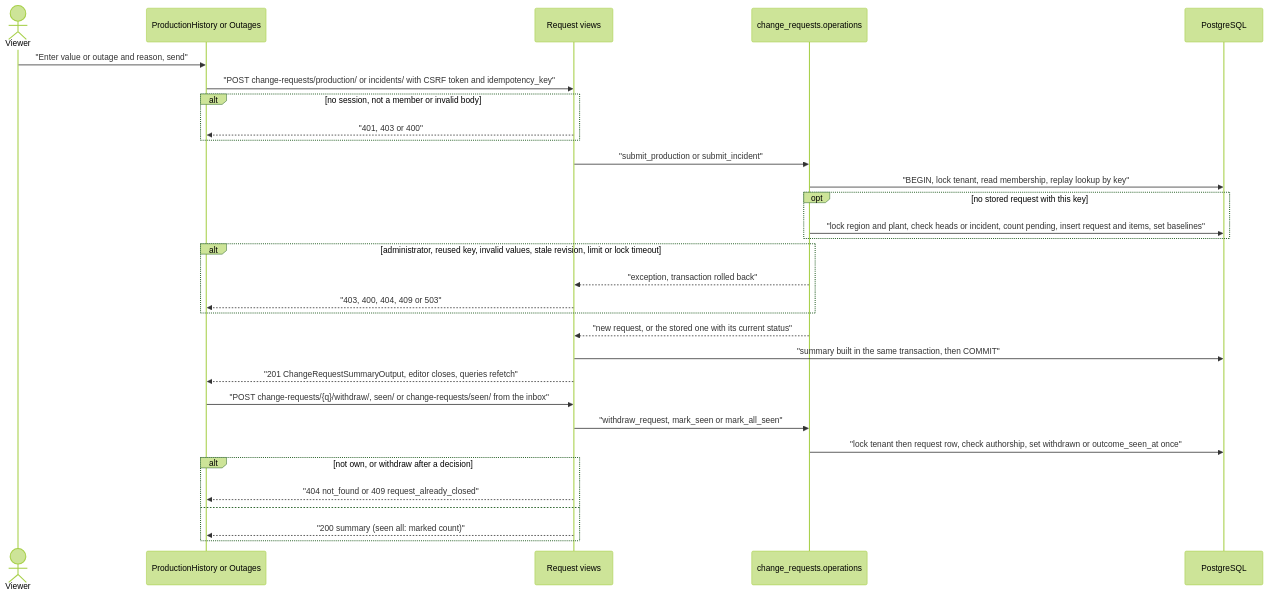
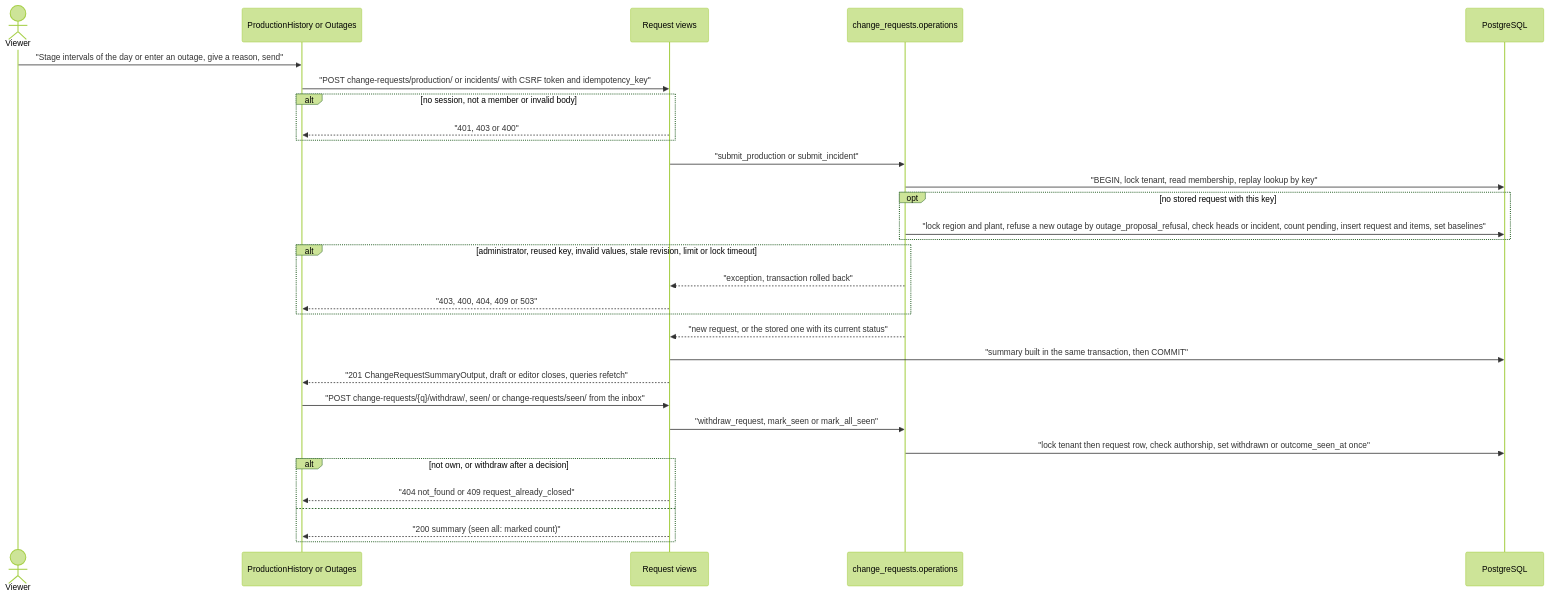
The diagram in docs/flows/change-request-submission.md (erkurtharun/pyracast), drawn with Mermaid (forest theme) before and after one commit. The commit also changed other lines of this file and 67 other files, not shown here.

````diff
--- a/docs/flows/change-request-submission.md
+++ b/docs/flows/change-request-submission.md
@@ -13,33 +14,33 @@
 ```mermaid
 sequenceDiagram
     actor V as Viewer
     participant UI as ProductionHistory or Outages
     participant API as Request views
     participant Op as change_requests.operations
     participant DB as PostgreSQL
-    V->>UI: "Enter value or outage and reason, send"
+    V->>UI: "Stage intervals of the day or enter an outage, give a reason, send"
     UI->>API: "POST change-requests/production/ or incidents/ with CSRF token and idempotency_key"
     alt no session, not a member or invalid body
         API-->>UI: "401, 403 or 400"
     end
     API->>Op: "submit_production or submit_incident"
     Op->>DB: "BEGIN, lock tenant, read membership, replay lookup by key"
     opt no stored request with this key
-        Op->>DB: "lock region and plant, check heads or incident, count pending, insert request and items, set baselines"
+        Op->>DB: "lock region and plant, refuse a new outage by outage_proposal_refusal, check heads or incident, count pending, insert request and items, set baselines"
     end
     alt administrator, reused key, invalid values, stale revision, limit or lock timeout
         Op-->>API: "exception, transaction rolled back"
         API-->>UI: "403, 400, 404, 409 or 503"
     end
     Op-->>API: "new request, or the stored one with its current status"
     API->>DB: "summary built in the same transaction, then COMMIT"
-    API-->>UI: "201 ChangeRequestSummaryOutput, editor closes, queries refetch"
+    API-->>UI: "201 ChangeRequestSummaryOutput, draft or editor closes, queries refetch"
     UI->>API: "POST change-requests/{q}/withdraw/, seen/ or change-requests/seen/ from the inbox"
     API->>Op: "withdraw_request, mark_seen or mark_all_seen"
     Op->>DB: "lock tenant then request row, check authorship, set withdrawn or outcome_seen_at once"
     alt not own, or withdraw after a decision
         API-->>UI: "404 not_found or 409 request_already_closed"
     else
         API-->>UI: "200 summary (seen all: marked count)"
     end
 ```
````
